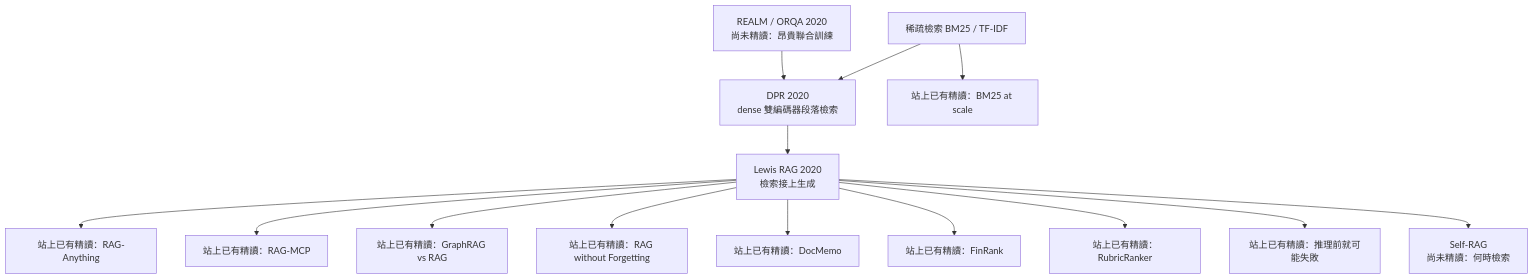
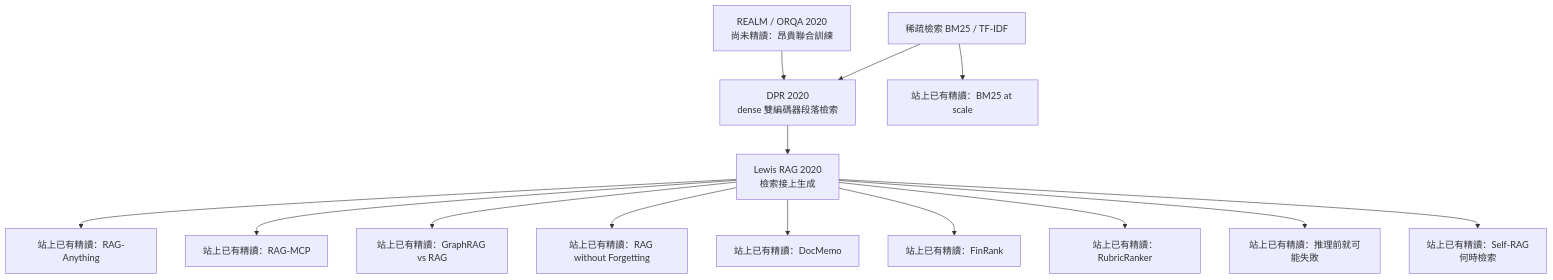
Before and after one commit to poirotw66/poirotw66.github.io: the diagram in src/content/blog/92-rag-method-foundation-reading-map.md, drawn with Mermaid. The commit also changed other lines of this file and 15 other files, not shown here.

First line of the commit message:
Add Self-RAG paper-reading note 33 (ZH/EN)

````diff
--- a/src/content/blog/92-rag-method-foundation-reading-map.md
+++ b/src/content/blog/92-rag-method-foundation-reading-map.md
@@ -45,18 +45,18 @@
 ```mermaid
 flowchart TB
   Sparse["稀疏檢索 BM25 / TF-IDF"]
   REALM["REALM / ORQA 2020<br/>尚未精讀：昂貴聯合訓練"]
   Sparse --> DPR["DPR 2020<br/>dense 雙編碼器段落檢索"]
   REALM --> DPR
   DPR --> RAG["Lewis RAG 2020<br/>檢索接上生成"]
   Sparse --> BM25leaf["站上已有精讀：BM25 at scale"]
   RAG --> Anything["站上已有精讀：RAG-Anything"]
   RAG --> RAGMCP["站上已有精讀：RAG-MCP"]
   RAG --> Graph["站上已有精讀：GraphRAG vs RAG"]
   RAG --> ERM["站上已有精讀：RAG without Forgetting"]
   RAG --> DocMemo["站上已有精讀：DocMemo"]
   RAG --> FinRank["站上已有精讀：FinRank"]
   RAG --> Rubric["站上已有精讀：RubricRanker"]
   RAG --> ReadGate["站上已有精讀：推理前就可能失敗"]
-  RAG --> SelfRAG["Self-RAG<br/>尚未精讀：何時檢索"]
+  RAG --> SelfRAG["站上已有精讀：Self-RAG<br/>何時檢索"]
 ```
````
